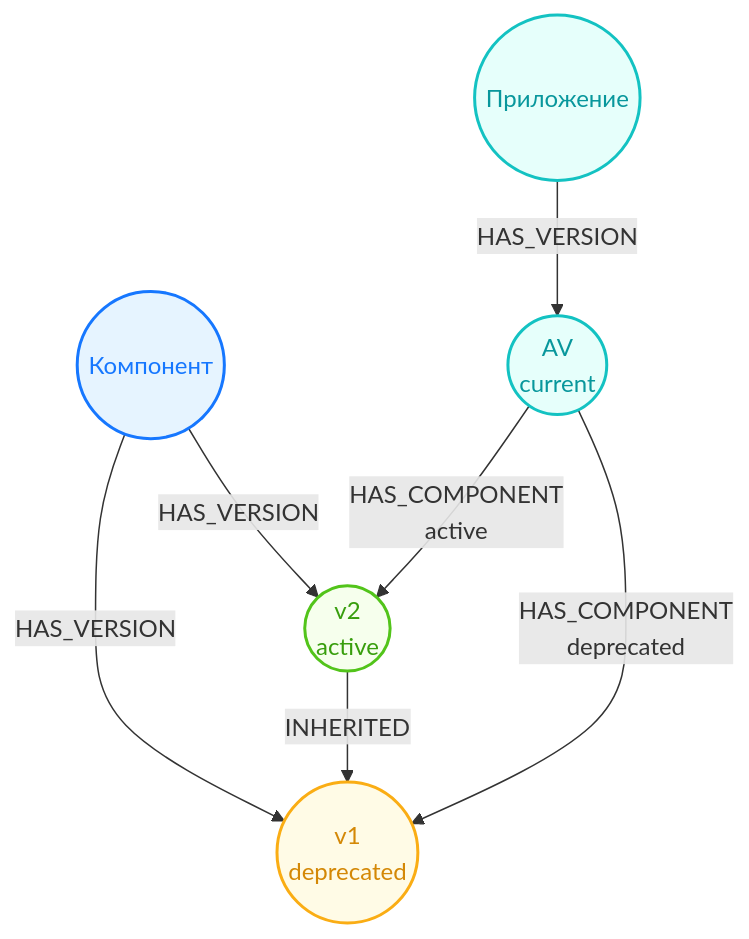
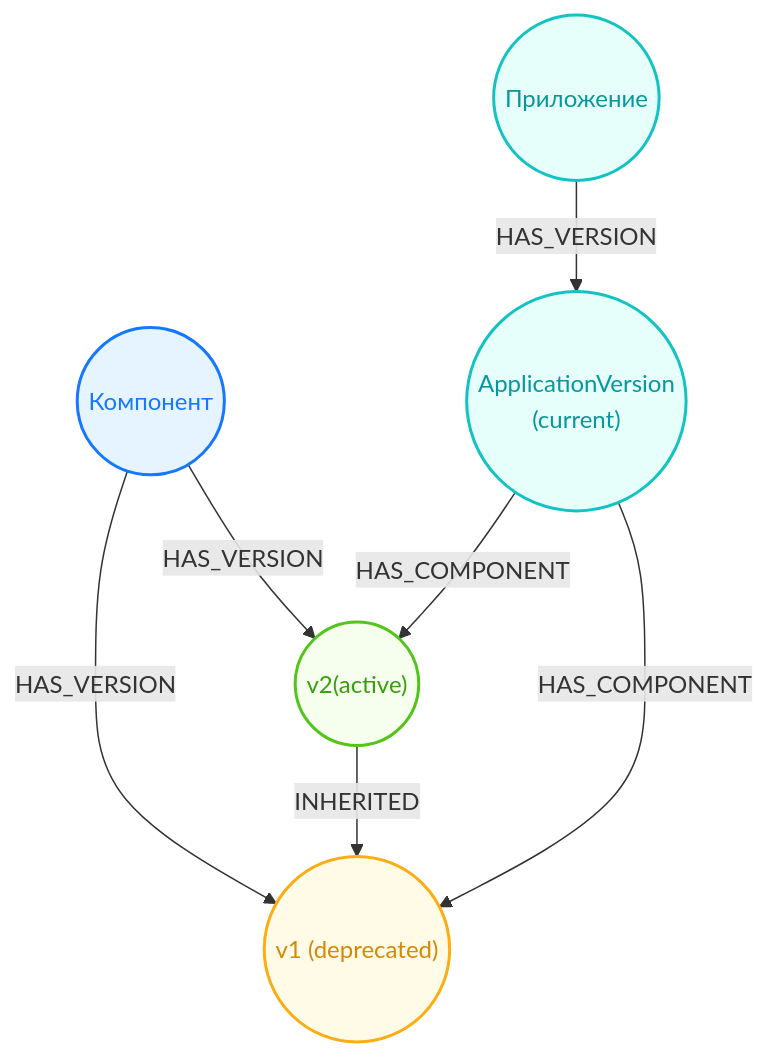
Before and after one commit to Goodzonchik/stellode: the sixth of 6 diagrams in apps/frontend/public/help/guides/components.md, drawn with Mermaid. The commit also changed other lines of this file and 9 other files, not shown here.

````diff
--- a/apps/frontend/public/help/guides/components.md
+++ b/apps/frontend/public/help/guides/components.md
@@ -131,22 +116,22 @@
 ```mermaid
 flowchart TB
   App(("Приложение"))
-  AV(("AV<br/>current"))
+  AV(("ApplicationVersion<br/>(current)"))
   Component((Компонент))
-  CV1(("v1<br/>deprecated"))
-  CV2(("v2<br/>active"))
+  CV1(("v1 (deprecated)"))
+  CV2(("v2(active)"))
   App -->|HAS_VERSION| AV
   Component -->|HAS_VERSION| CV1
   Component -->|HAS_VERSION| CV2
   CV2 -->|INHERITED| CV1
-  AV -->|"HAS_COMPONENT<br/>deprecated"| CV1
-  AV -->|"HAS_COMPONENT<br/>active"| CV2
+  AV -->|"HAS_COMPONENT"| CV1
+  AV -->|"HAS_COMPONENT"| CV2
   classDef component fill:#E6F4FF,stroke:#1677FF,color:#1677FF,stroke-width:2px
   classDef application fill:#E6FFFB,stroke:#13C2C2,color:#08979C,stroke-width:2px
   classDef deprecated fill:#FFFBE6,stroke:#FAAD14,color:#D48806,stroke-width:2px
   classDef active fill:#F6FFED,stroke:#52C41A,color:#389E0D,stroke-width:2px
   class Component component
   class App,AV application
   class CV1 deprecated
   class CV2 active
 ```
````
